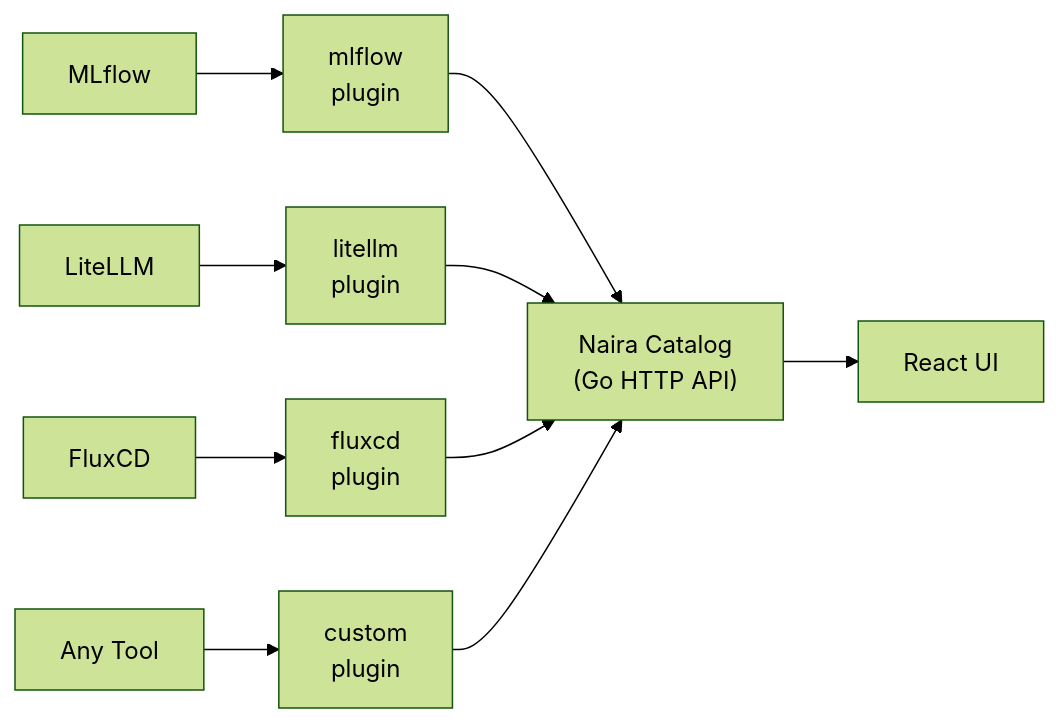
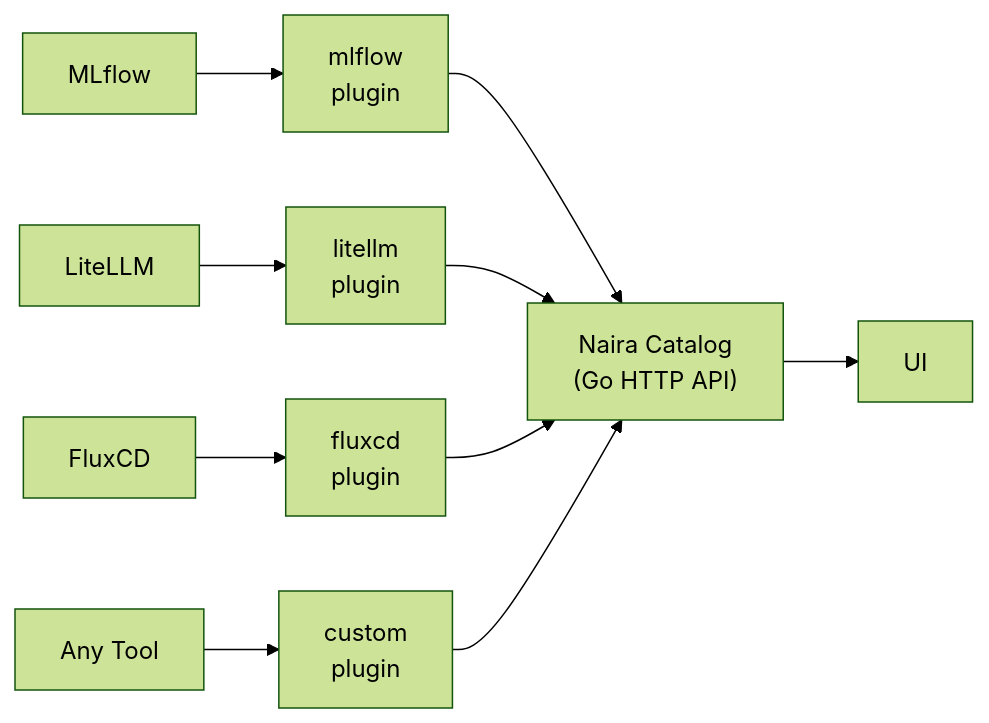
One commit to naira-project/naira changed the diagram in README.md. Above: the diagram before and after it, drawn with Mermaid (forest theme). The commit also changed other lines of this file, not shown here.

````diff
--- a/README.md
+++ b/README.md
@@ -92,11 +86,11 @@
 ```mermaid
 flowchart LR
     ML["MLflow"] --> P1["mlflow\nplugin"]
     LT["LiteLLM"] --> P2["litellm\nplugin"]
     FX["FluxCD"] --> P3["fluxcd\nplugin"]
     DP["Any Tool"] --> P4["custom\nplugin"]
 
     P1 & P2 & P3 & P4 --> CAT["Naira Catalog\n(Go HTTP API)"]
 
-    CAT --> UI["React UI"]
+    CAT --> UI["UI"]
 ```
````
